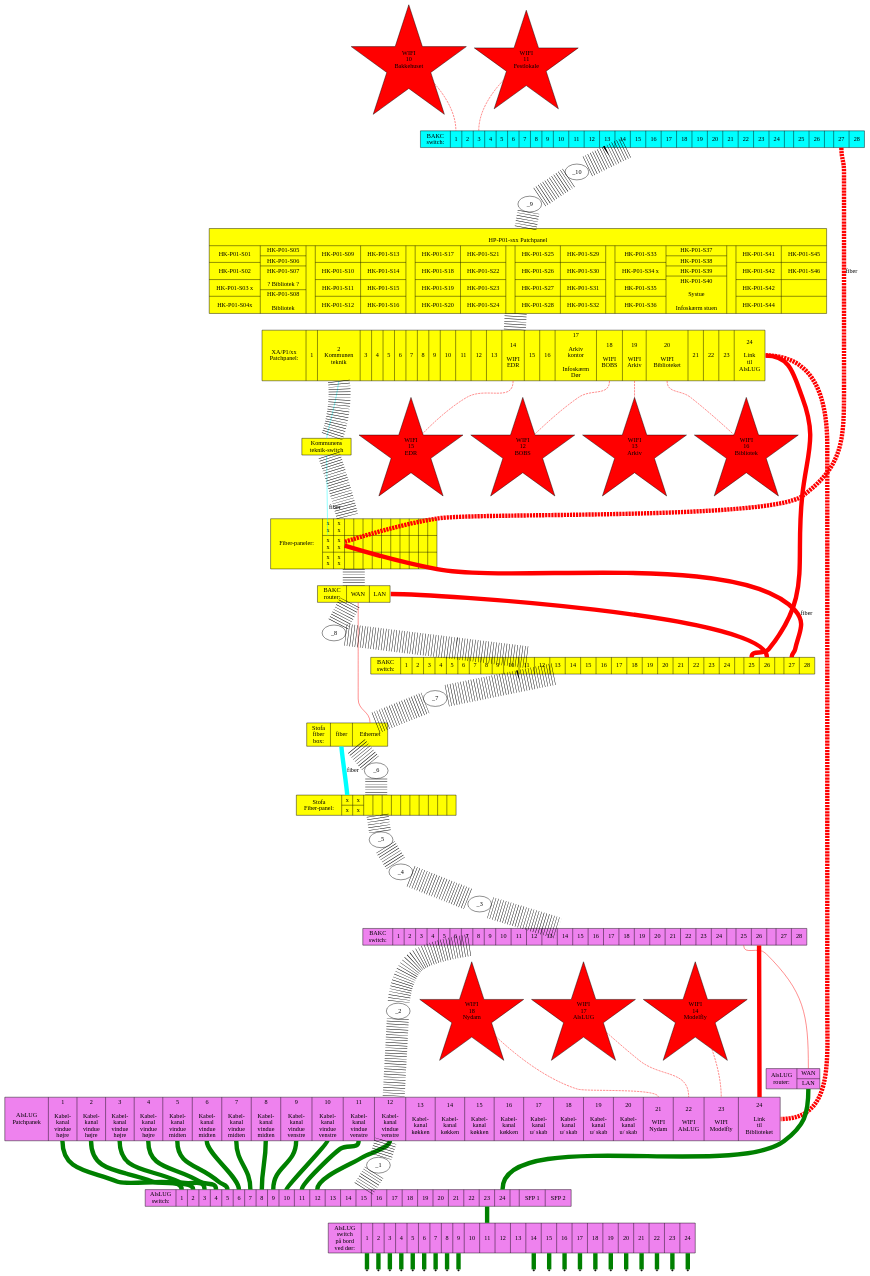
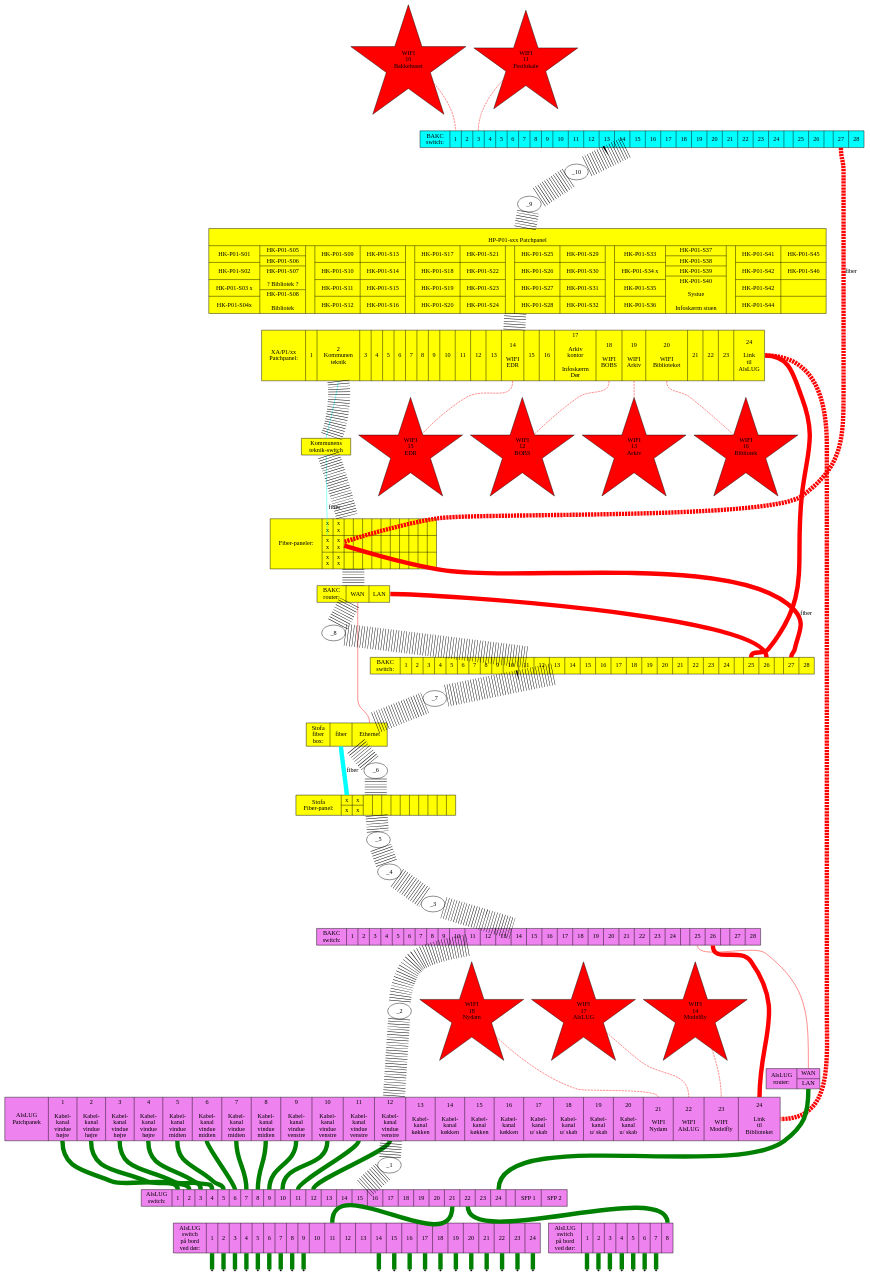
Before and after one commit to alslug/alslug.dk: the diagram in projekter/patch-paneler.dot, drawn with Graphviz.

```diff
--- a/projekter/patch-paneler.dot
+++ b/projekter/patch-paneler.dot
@@ -317,6 +317,16 @@
 				|<23> 23
 				|<24> 24
 				" ];
+    alslug_switch_bord_o [ shape=record label="AlsLUG\nswitch\npå bord\nved dør:
+				|<1> 1
+				|<2> 2
+				|<3> 3
+				|<4> 4
+				|<5> 5
+				|<6> 6
+				|<7> 7
+				|<8> 8
+				" ];
     alslug_router [ shape=record label="AlsLUG\nrouter:|{<wan> WAN|<lan> LAN}" ];
   }
   xa_p1:02 -> kommunens_teknikswitch                                     [ color=cyan ];
@@ -361,7 +371,6 @@
     alslug_patch:11 -> alslug_switch_skab:11;
     alslug_patch:12 -> alslug_switch_skab:12;
     
-    alslug_switch_skab:23 -> alslug_switch_bord_v:11;
     node [shape=point ]
     alslug_switch_bord_v:1 -> stik_v_1;
     alslug_switch_bord_v:2 -> stik_v_2;
@@ -373,7 +382,7 @@
     alslug_switch_bord_v:8 -> stik_v_8;
     alslug_switch_bord_v:9 -> stik_v_9;
     alslug_switch_bord_v:14 -> stik_v_10;
-
+    alslug_switch_skab:21 -> alslug_switch_bord_v:11;
     alslug_switch_bord_v:15 -> stik_v_15;
     alslug_switch_bord_v:16 -> stik_v_16;
     alslug_switch_bord_v:17 -> stik_v_17;
@@ -384,6 +393,15 @@
     alslug_switch_bord_v:22 -> stik_v_22;
     alslug_switch_bord_v:23 -> stik_v_23;
     alslug_switch_bord_v:24 -> stik_v_24;
+
+    alslug_switch_bord_o:1 -> stik_o_1;
+    alslug_switch_bord_o:2 -> stik_o_2;
+    alslug_switch_bord_o:3 -> stik_o_3;
+    alslug_switch_bord_o:4 -> stik_o_4;
+    alslug_switch_bord_o:5 -> stik_o_5;
+    alslug_switch_bord_o:6 -> stik_o_6;
+    alslug_switch_bord_o:7 -> stik_o_7;
+    alslug_switch_skab:22 -> alslug_switch_bord_o:8;
   }
   
   bakc_festlokale_switch:fiber_1 -> bib_fiberpaneler_1:festlokale_fiber                            [ color=red penwidth=10 label="fiber" style=dashed ];
```
